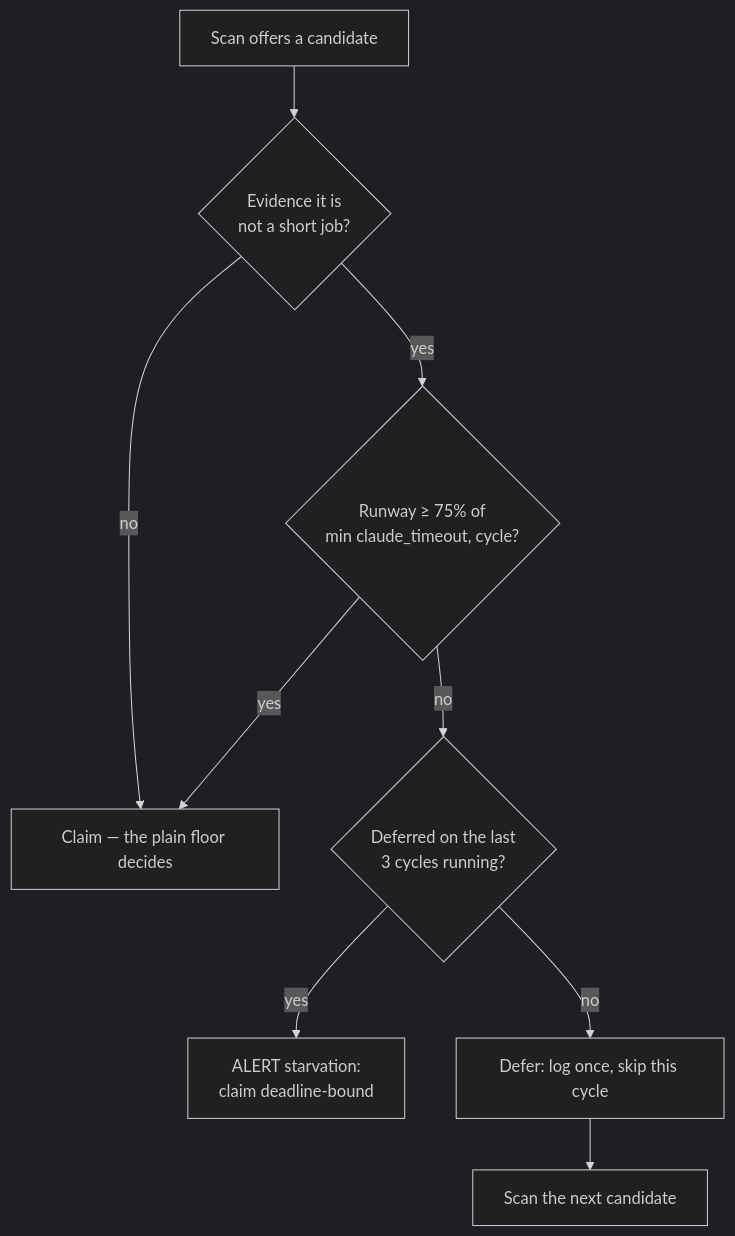
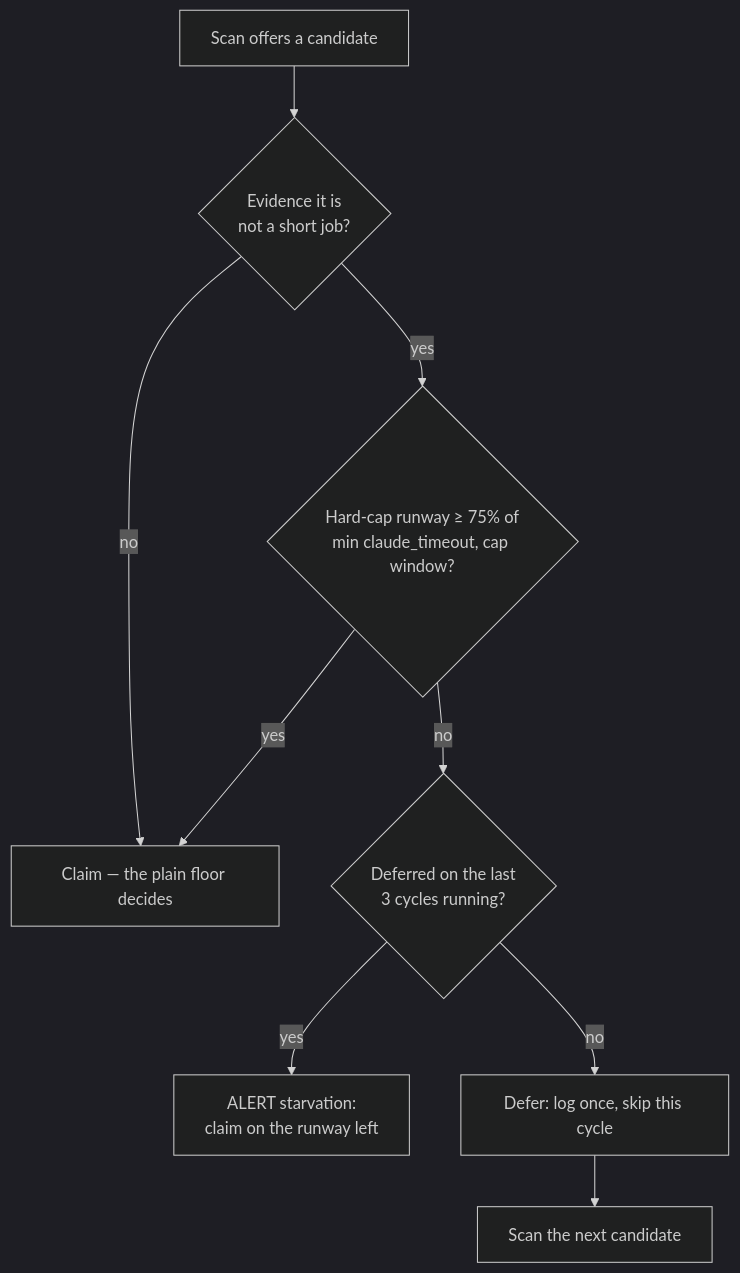
Before and after one commit to stSoftwareAU/VibeCoder: the first of 9 diagrams in docs/CONFIGURATION.md, drawn with Mermaid (dark theme). The commit also changed other lines of this file and 17 other files, not shown here.

Commit message:
wip: execute timed out after 1141s at the cycle deadline — preserving 18 uncommitted file(s) (Issue #47) Vibe-Coder-Run-Id: vibe-mtb60ph0-b5c112

````diff
--- a/docs/CONFIGURATION.md
+++ b/docs/CONFIGURATION.md
@@ -812,11 +816,11 @@
 ```mermaid
 flowchart TD
     A[Scan offers a candidate] --> B{Evidence it is<br/>not a short job?}
     B -- no --> C[Claim — the plain floor decides]
-    B -- yes --> D{Runway ≥ 75% of<br/>min claude_timeout, cycle?}
+    B -- yes --> D{Hard-cap runway ≥ 75% of<br/>min claude_timeout, cap window?}
     D -- yes --> C
     D -- no --> G{Deferred on the last<br/>3 cycles running?}
-    G -- yes --> H[ALERT starvation:<br/>claim deadline-bound]
+    G -- yes --> H[ALERT starvation:<br/>claim on the runway left]
     G -- no --> E[Defer: log once, skip this cycle]
     E --> F[Scan the next candidate]
 ```
````
